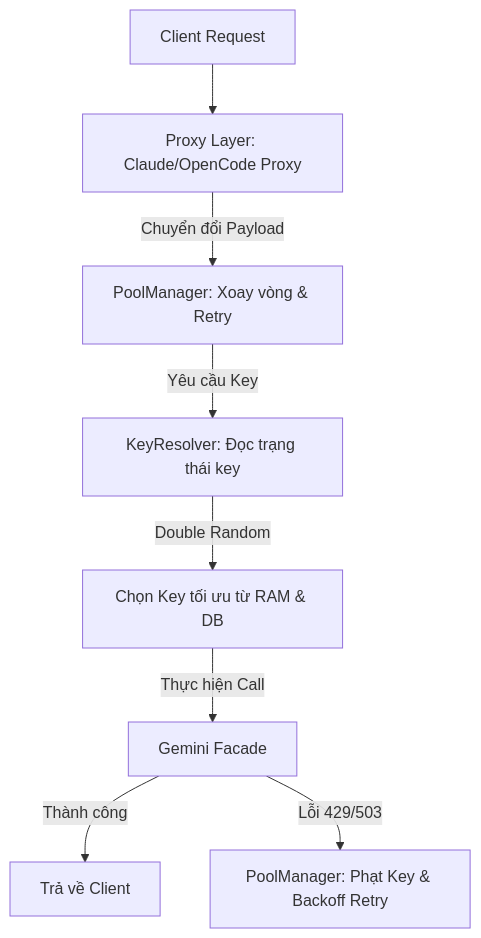
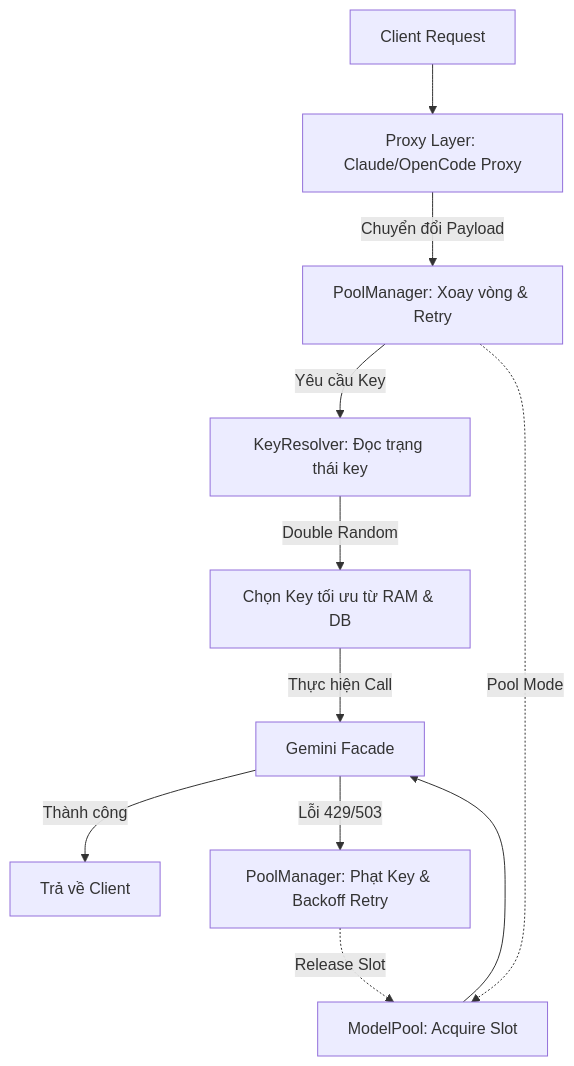
One commit to azizu1012/Router-API changed the diagram in docs/routing_and_resilience.md. Above: the diagram before and after it, drawn with Mermaid. The commit also changed other lines of this file and 38 other files, not shown here.

````diff
--- a/docs/routing_and_resilience.md
+++ b/docs/routing_and_resilience.md
@@ -11,10 +11,13 @@
 ```mermaid
 graph TD
     Client[Client Request] --> Proxy[Proxy Layer: Claude/OpenCode Proxy]
     Proxy -->|Chuyển đổi Payload| PM[PoolManager: Xoay vòng & Retry]
     PM -->|Yêu cầu Key| KR[KeyResolver: Đọc trạng thái key]
     KR -->|Double Random| KeySelected[Chọn Key tối ưu từ RAM & DB]
     KeySelected -->|Thực hiện Call| Facade[Gemini Facade]
+    PM -.->|Pool Mode| MP[ModelPool: Acquire Slot]
+    MP --> Facade
     Facade -->|Thành công| ClientSuccess[Trả về Client]
     Facade -->|Lỗi 429/503| PMRetry[PoolManager: Phạt Key & Backoff Retry]
+    PMRetry -.->|Release Slot| MP
 ```
````
